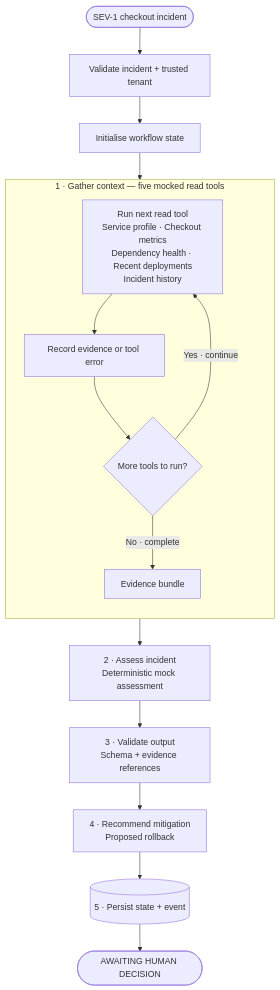
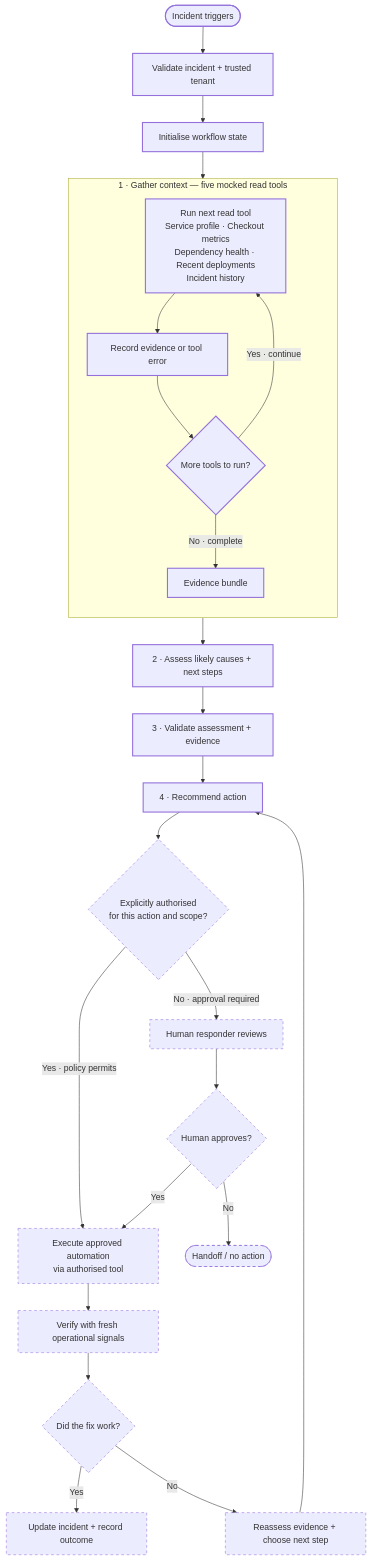
One commit to rudolfo-felix/pager-duty changed the diagram in README.md. Above: the diagram before and after it, drawn with Mermaid. The commit also changed other lines of this file, not shown here.

````diff
--- a/README.md
+++ b/README.md
@@ -45,22 +47,38 @@
 ```mermaid
 flowchart TD
-    A(["SEV-1 checkout incident"]) --> B["Validate incident + trusted tenant"]
+    A(["Incident triggers"]) --> B["Validate incident + trusted tenant"]
     B --> C["Initialise workflow state"]
 
     subgraph G["1 · Gather context — five mocked read tools"]
       direction TB
       D["Run next read tool<br/>Service profile · Checkout metrics<br/>Dependency health · Recent deployments<br/>Incident history"]
       X["Record evidence or tool error"]
       R{"More tools to run?"}
       D --> X --> R
       R -- "Yes · continue" --> D
       R -- "No · complete" --> E["Evidence bundle"]
     end
 
     C --> D
-    E --> F["2 · Assess incident<br/>Deterministic mock assessment"]
-    F --> V["3 · Validate output<br/>Schema + evidence references"]
-    V --> H["4 · Recommend mitigation<br/>Proposed rollback"]
-    H --> P[("5 · Persist state + event")]
-    P --> W(["AWAITING HUMAN DECISION"])
+    E --> F["2 · Assess likely causes + next steps"]
+    F --> V["3 · Validate assessment + evidence"]
+    V --> H["4 · Recommend action"]
+    H --> Z{"Explicitly authorised<br/>for this action and scope?"}
+
+    Z -- "Yes · policy permits" --> J["Execute approved automation<br/>via authorised tool"]
+    Z -- "No · approval required" --> K["Human responder reviews"]
+    K --> L{"Human approves?"}
+    L -- "Yes" --> J
+    L -- "No" --> M(["Handoff / no action"])
+
+    J --> N["Verify with fresh operational signals"]
+    N --> O{"Did the fix work?"}
+    O -- "Yes" --> P["Update incident + record outcome"]
+    O -- "No" --> Q["Reassess evidence + choose next step"]
+    Q --> H
+
+    classDef implemented stroke-width:2px
+    class A,B,C,D,X,R,E,F,V,H implemented
+    class Z,J,K,L,M,N,O,P,Q production
+    classDef production stroke-dasharray:5 5
 ```
````
